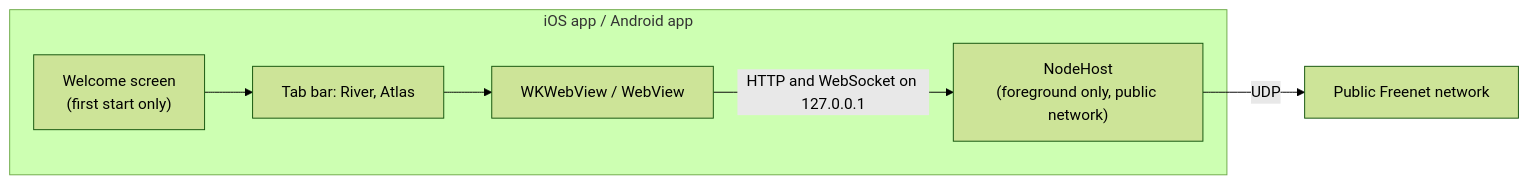
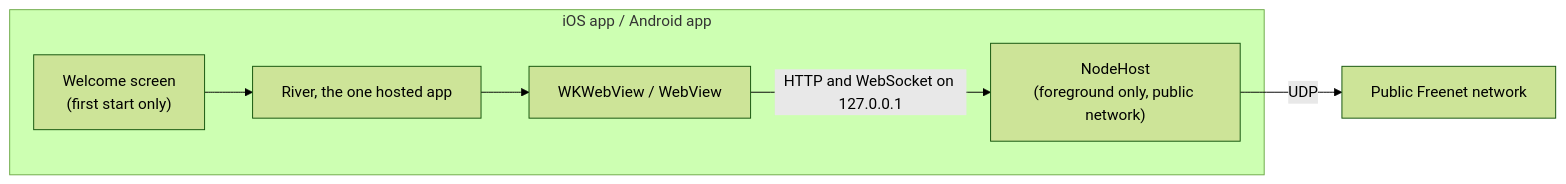
The second of 2 diagrams in docs/store-build-plan.md (glesage/freenet-appkit), drawn with Mermaid (forest theme) before and after one commit. The commit also changed other lines of this file and 35 other files, not shown here.

````diff
--- a/docs/store-build-plan.md
+++ b/docs/store-build-plan.md
@@ -16,12 +16,12 @@
 ```mermaid
 flowchart LR
   subgraph app["iOS app / Android app"]
     welcome["Welcome screen<br/>(first start only)"]
-    tabs["Tab bar: River, Atlas"]
+    tabs["River, the one hosted app"]
     web["WKWebView / WebView"]
     host["NodeHost<br/>(foreground only, public network)"]
   end
   welcome --> tabs --> web
   web -- "HTTP and WebSocket on 127.0.0.1" --> host
   host -- "UDP" --> net["Public Freenet network"]
 ```
````
